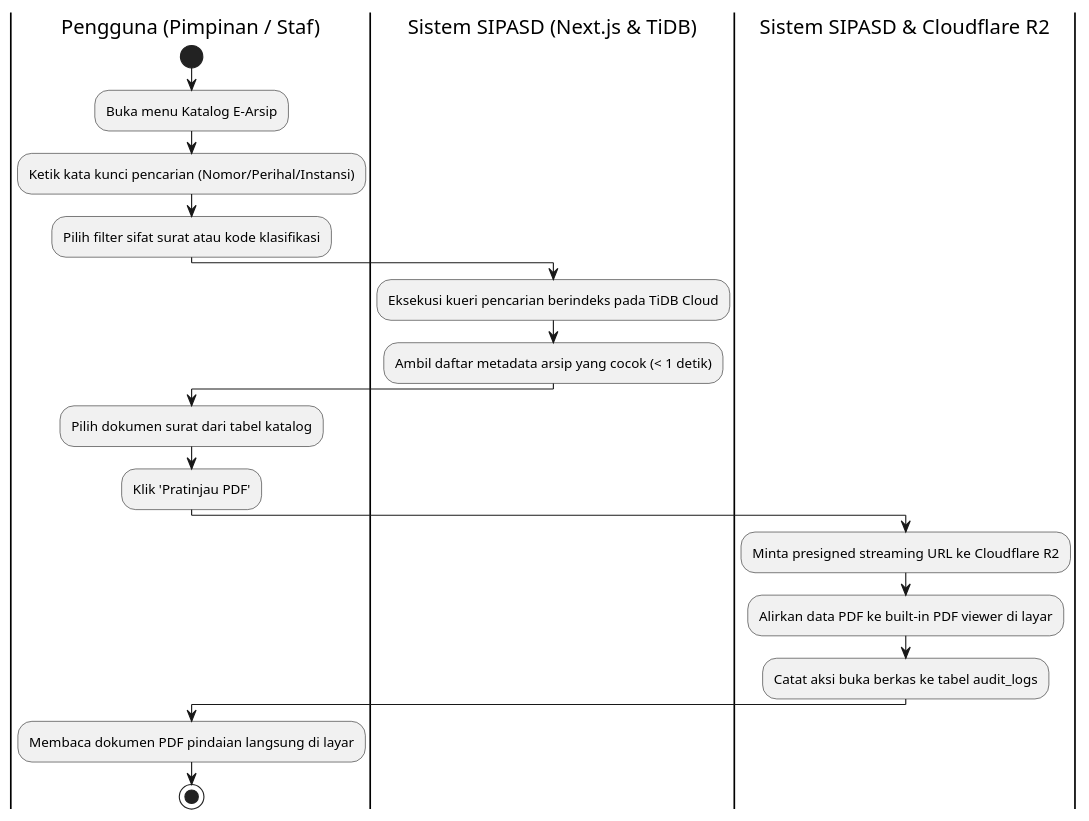
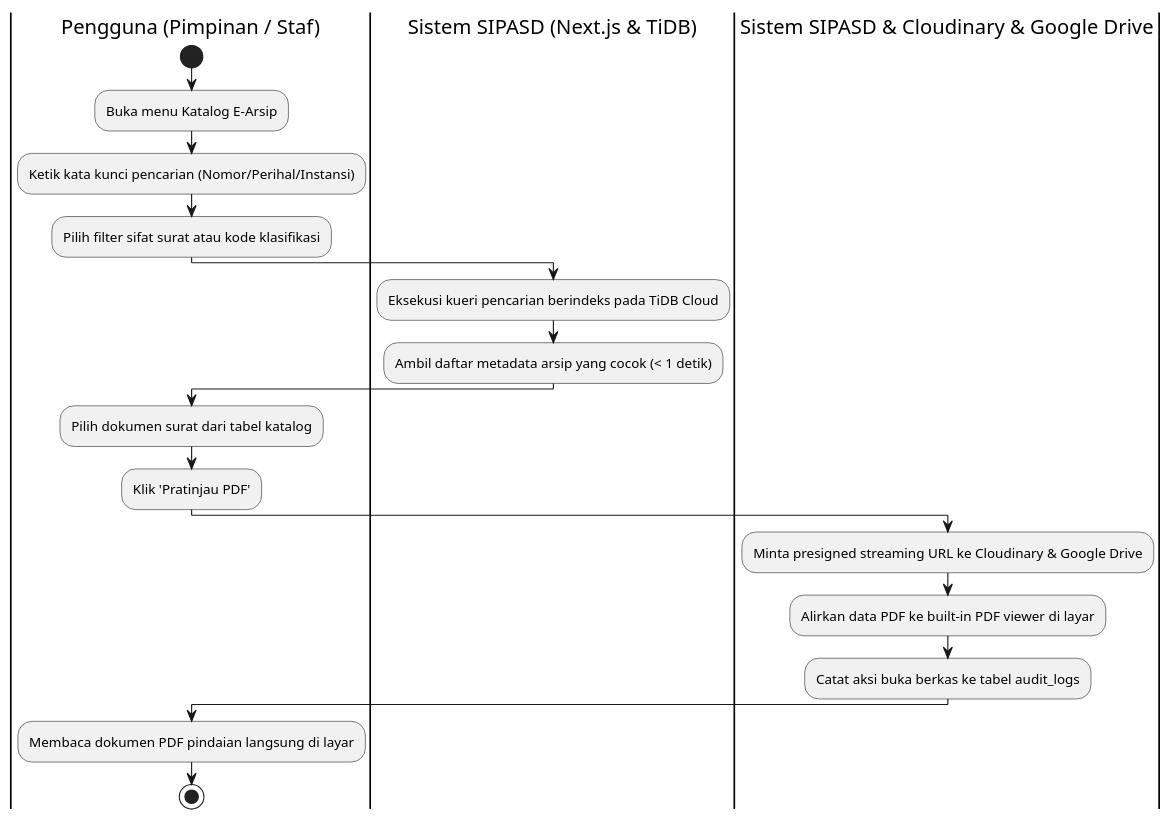
The second of 3 diagrams in docs/UML_DIAGRAMS.md (Dhani078/SIPASD), drawn with PlantUML before and after one commit. The commit also changed other lines of this file and 37 other files, not shown here.

````diff
--- a/docs/UML_DIAGRAMS.md
+++ b/docs/UML_DIAGRAMS.md
@@ -101,22 +101,22 @@
 ```plantuml
 @startuml
 |Pengguna (Pimpinan / Staf)|
 start
 :Buka menu Katalog E-Arsip;
 :Ketik kata kunci pencarian (Nomor/Perihal/Instansi);
 :Pilih filter sifat surat atau kode klasifikasi;
 |Sistem SIPASD (Next.js & TiDB)|
 :Eksekusi kueri pencarian berindeks pada TiDB Cloud;
 :Ambil daftar metadata arsip yang cocok (< 1 detik);
 |Pengguna (Pimpinan / Staf)|
 :Pilih dokumen surat dari tabel katalog;
 :Klik 'Pratinjau PDF';
-|Sistem SIPASD & Cloudflare R2|
-:Minta presigned streaming URL ke Cloudflare R2;
+|Sistem SIPASD & Cloudinary & Google Drive|
+:Minta presigned streaming URL ke Cloudinary & Google Drive;
 :Alirkan data PDF ke built-in PDF viewer di layar;
 :Catat aksi buka berkas ke tabel audit_logs;
 |Pengguna (Pimpinan / Staf)|
 :Membaca dokumen PDF pindaian langsung di layar;
 stop
 @enduml
 ```
````
